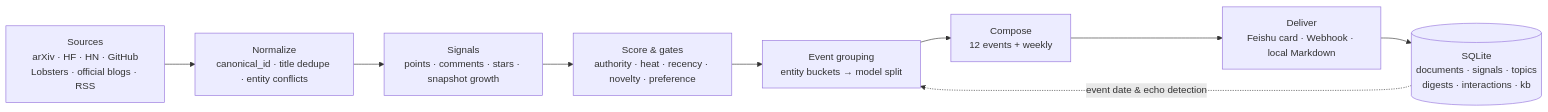
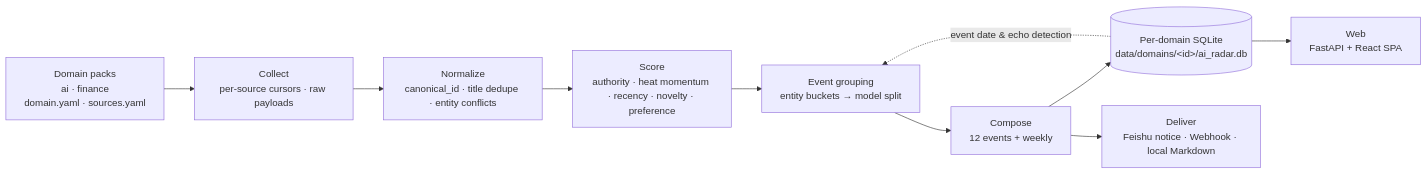
The diagram in README.en.md (lieyukou1/kestrel-radar), drawn with Mermaid before and after one commit. The commit also changed other lines of this file and 2 other files, not shown here.

````diff
--- a/README.en.md
+++ b/README.en.md
@@ -271,11 +327,12 @@
 ```mermaid
 flowchart LR
-    S[Sources<br/>arXiv · HF · HN · GitHub<br/>Lobsters · official blogs · RSS] --> N[Normalize<br/>canonical_id · title dedupe · entity conflicts]
-    N --> G[Signals<br/>points · comments · stars · snapshot growth]
-    G --> R[Score & gates<br/>authority · heat · recency · novelty · preference]
-    R --> T[Event grouping<br/>entity buckets → model split]
-    T --> C[Compose<br/>12 events + weekly]
-    C --> P[Deliver<br/>Feishu card · Webhook · local Markdown]
-    P --> D[(SQLite<br/>documents · signals · topics<br/>digests · interactions · kb)]
+    P[Domain packs<br/>ai · finance<br/>domain.yaml · sources.yaml] --> C[Collect<br/>per-source cursors · raw payloads]
+    C --> N[Normalize<br/>canonical_id · title dedupe · entity conflicts]
+    N --> S[Score<br/>authority · heat momentum · recency · novelty · preference]
+    S --> T[Event grouping<br/>entity buckets → model split]
+    T --> G[Compose<br/>12 events + weekly]
+    G --> D[(Per-domain SQLite<br/>data/domains/&lt;id&gt;/ai_radar.db)]
+    D --> W[Web<br/>FastAPI + React SPA]
+    G --> O[Deliver<br/>Feishu notice · Webhook · local Markdown]
     D -. event date & echo detection .-> T
 ```
````
